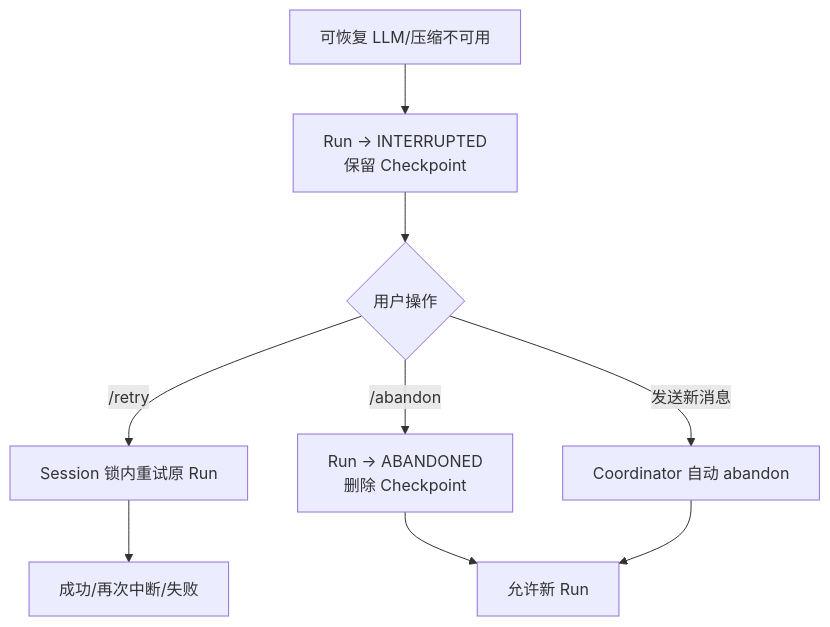
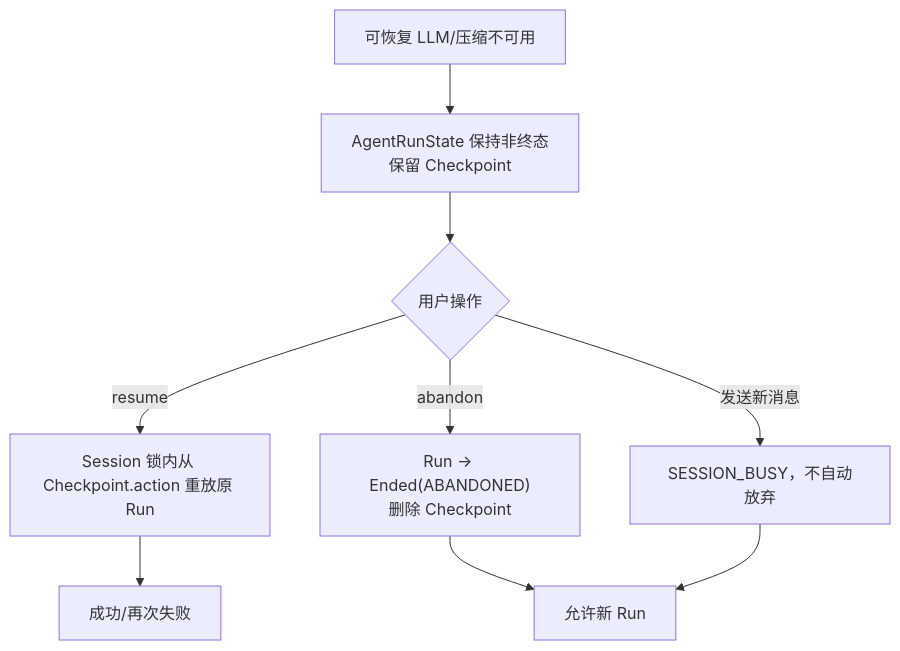
One commit to aandbcct/dotClaw changed diagram 16 of 22 in docs/wiki/Session 模块总体说明.md. Above: the diagram before and after it, drawn with Mermaid. The commit also changed other lines of this file and 12 other files, not shown here.

````diff
--- a/docs/wiki/Session 模块总体说明.md
+++ b/docs/wiki/Session 模块总体说明.md
@@ -1343,11 +1339,11 @@
 ```mermaid
 flowchart TD
-    Failure["可恢复 LLM/压缩不可用"] --> Interrupted["Run → INTERRUPTED<br/>保留 Checkpoint"]
-    Interrupted --> Choice{"用户操作"}
-    Choice -->|/retry| Retry["Session 锁内重试原 Run"]
-    Choice -->|/abandon| Abandon["Run → ABANDONED<br/>删除 Checkpoint"]
-    Choice -->|发送新消息| Auto["Coordinator 自动 abandon"]
-    Retry --> Outcome["成功/再次中断/失败"]
+    Failure["可恢复 LLM/压缩不可用"] --> Keep["AgentRunState 保持非终态<br/>保留 Checkpoint"]
+    Keep --> Choice{"用户操作"}
+    Choice -->|resume| Retry["Session 锁内从 Checkpoint.action 重放原 Run"]
+    Choice -->|abandon| Abandon["Run → Ended(ABANDONED)<br/>删除 Checkpoint"]
+    Choice -->|发送新消息| Busy["SESSION_BUSY，不自动放弃"]
+    Retry --> Outcome["成功/再次失败"]
     Abandon --> New["允许新 Run"]
-    Auto --> New
+    Busy --> New
 ```
````
